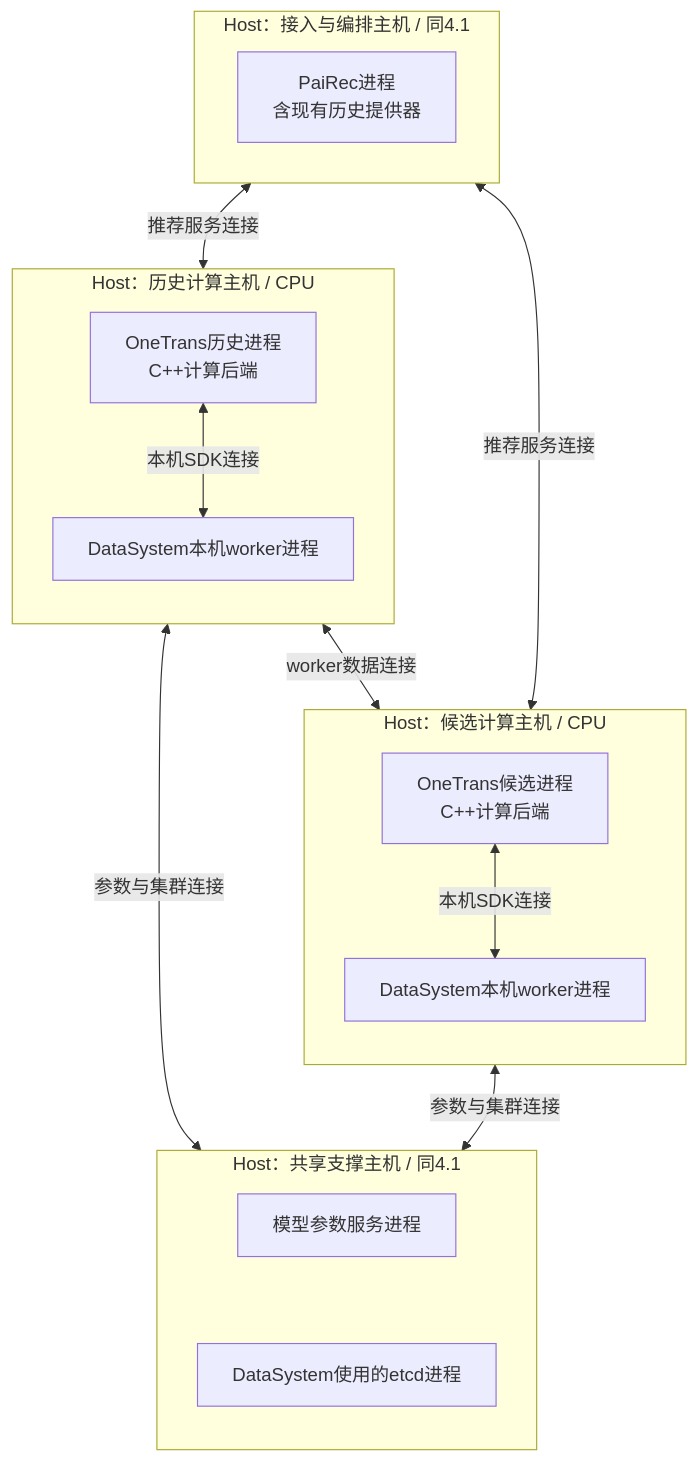
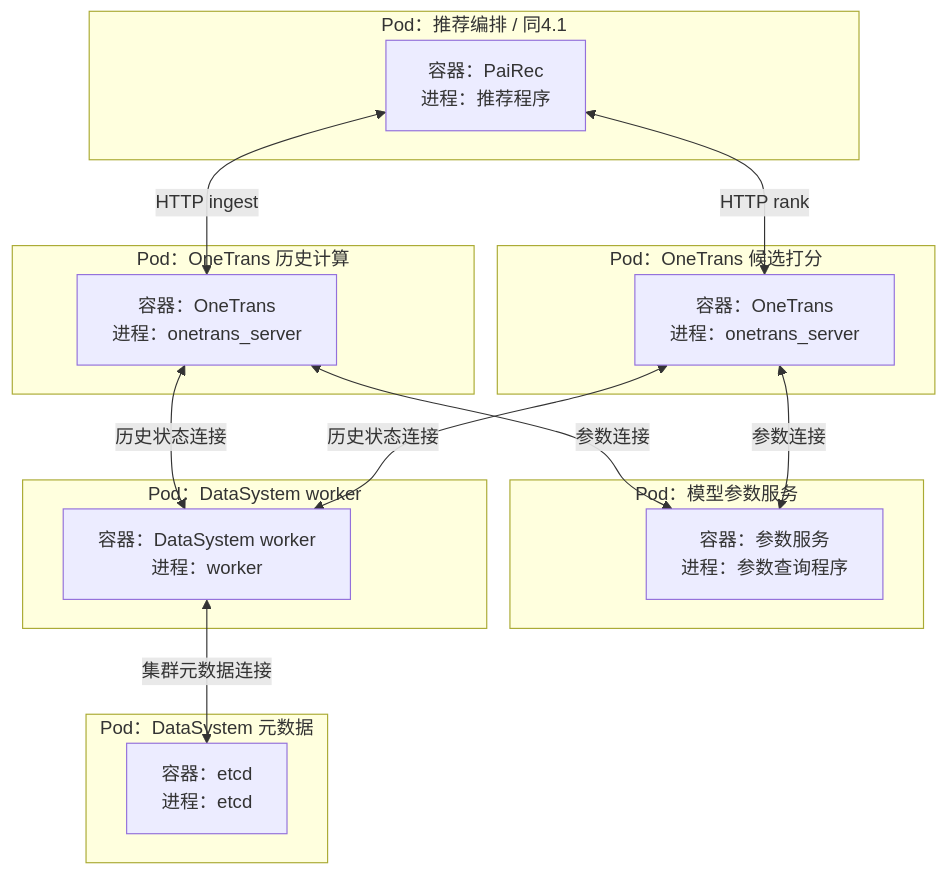
Before and after one commit to bitianyuan123/docs: the sixth of 8 diagrams in 01_system.md, drawn with Mermaid. The commit also changed other lines of this file and 85 other files, not shown here.

Commit message:
docs: expand logical L1 and replace host guesses with pod boundaries

````diff
--- a/01_system.md
+++ b/01_system.md
@@ -248,29 +233,28 @@
 ```mermaid
 flowchart TB
-    subgraph AppHost[Host：接入与编排主机 / 同4.1]
-        P[PaiRec进程<br/>含现有历史提供器]
+    subgraph OrchestratorPod[Pod：推荐编排 / 同4.1]
+        P[容器：PaiRec<br/>进程：推荐程序]
     end
-    subgraph HistoryHost[Host：历史计算主机 / CPU]
-        direction TB
-        H[OneTrans历史进程<br/>C++计算后端]
-        HW[DataSystem本机worker进程]
-        H <-->|本机SDK连接| HW
+    subgraph HistoryPod[Pod：OneTrans 历史计算]
+        H[容器：OneTrans<br/>进程：onetrans_server]
     end
-    subgraph RankHost[Host：候选计算主机 / CPU]
-        direction TB
-        D[OneTrans候选进程<br/>C++计算后端]
-        DW[DataSystem本机worker进程]
-        D <-->|本机SDK连接| DW
+    subgraph CandidatePod[Pod：OneTrans 候选打分]
+        D[容器：OneTrans<br/>进程：onetrans_server]
     end
-    subgraph SharedHost[Host：共享支撑主机 / 同4.1]
-        direction TB
-        PS[模型参数服务进程]
-        E[DataSystem使用的etcd进程]
-        PS ~~~ E
+    subgraph ParameterPod[Pod：模型参数服务]
+        PS[容器：参数服务<br/>进程：参数查询程序]
     end
-    AppHost <-->|推荐服务连接| HistoryHost
-    AppHost <-->|推荐服务连接| RankHost
-    HistoryHost <-->|参数与集群连接| SharedHost
-    RankHost <-->|参数与集群连接| SharedHost
-    HistoryHost <-->|worker数据连接| RankHost
+    subgraph WorkerPod[Pod：DataSystem worker]
+        W[容器：DataSystem worker<br/>进程：worker]
+    end
+    subgraph MetadataPod[Pod：DataSystem 元数据]
+        E[容器：etcd<br/>进程：etcd]
+    end
+    P <-->|HTTP ingest| H
+    P <-->|HTTP rank| D
+    H <-->|参数连接| PS
+    D <-->|参数连接| PS
+    H <-->|历史状态连接| W
+    D <-->|历史状态连接| W
+    W <-->|集群元数据连接| E
 ```
````
